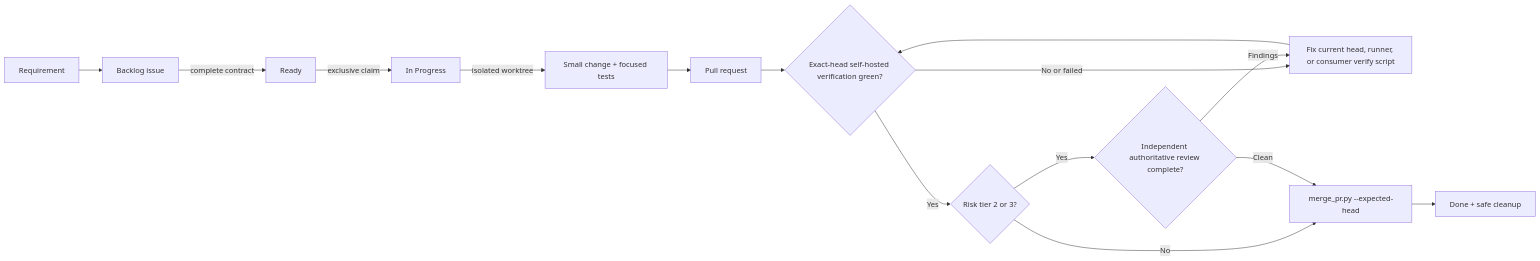
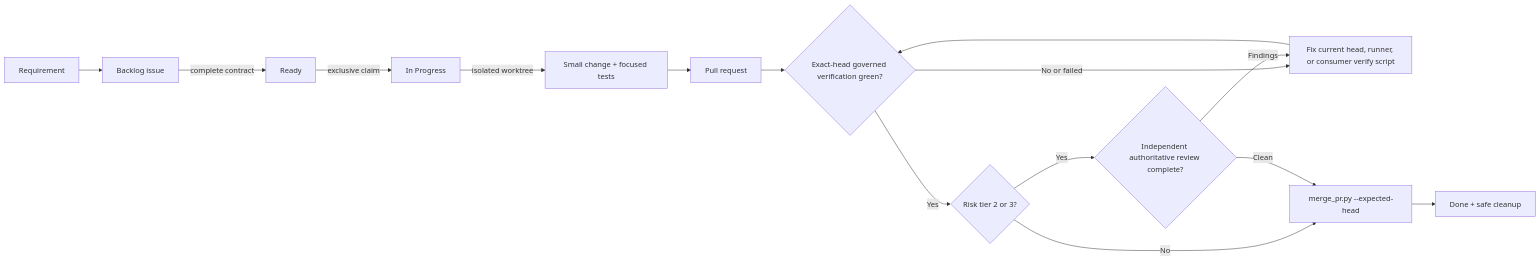
Before and after one commit to gillella/Aru_Agentic_SDLC: the first of 2 diagrams in README.md, drawn with Mermaid. The commit also changed other lines of this file and 19 other files, not shown here.

````diff
--- a/README.md
+++ b/README.md
@@ -41,17 +42,17 @@
 ```mermaid
 flowchart LR
     R[Requirement] --> B[Backlog issue]
     B -->|complete contract| RD[Ready]
     RD -->|exclusive claim| IP[In Progress]
     IP -->|isolated worktree| CODE[Small change + focused tests]
     CODE --> PR[Pull request]
-    PR --> VERIFY{Exact-head self-hosted verification green?}
+    PR --> VERIFY{Exact-head governed verification green?}
     VERIFY -->|No or failed| FIX[Fix current head, runner, or consumer verify script]
     FIX --> VERIFY
     VERIFY -->|Yes| RISK{Risk tier 2 or 3?}
     RISK -->|No| MERGE[merge_pr.py --expected-head]
     RISK -->|Yes| REV{Independent authoritative review complete?}
     REV -->|Findings| FIX
     REV -->|Clean| MERGE
     MERGE --> DONE[Done + safe cleanup]
 ```
````
